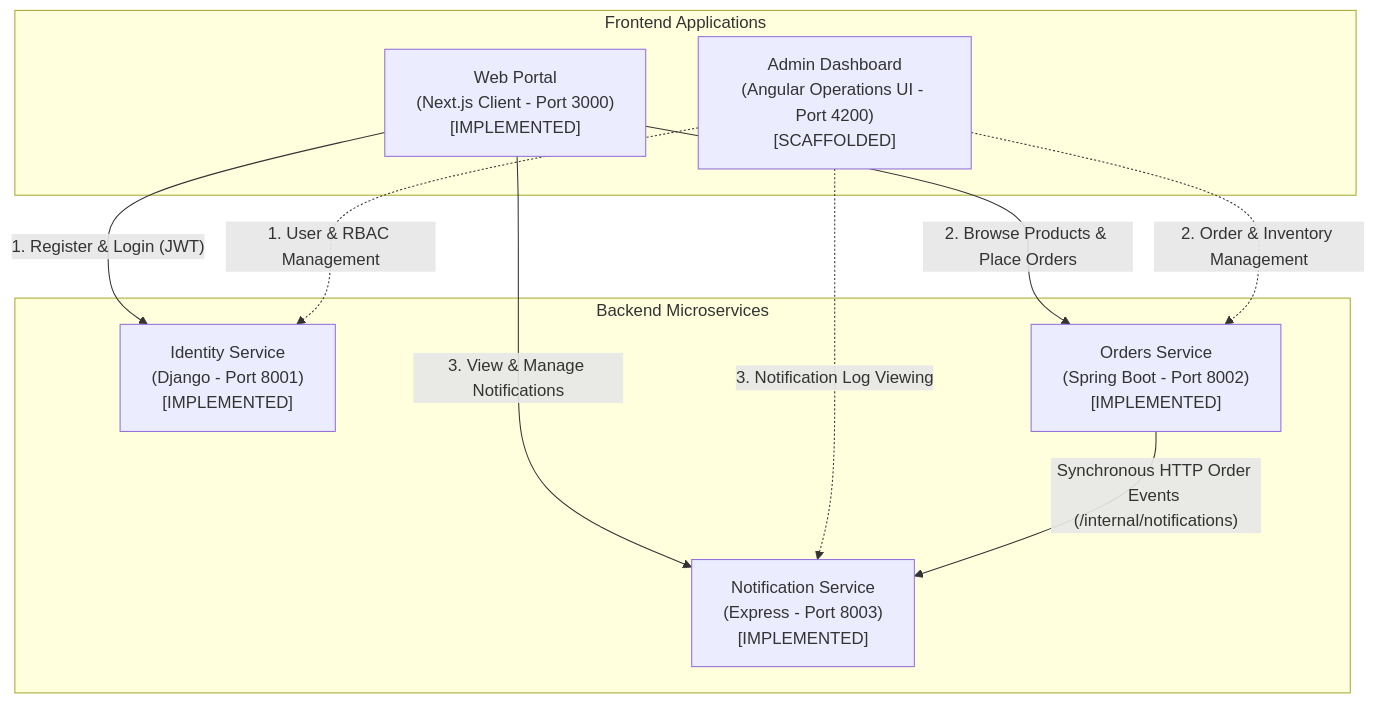
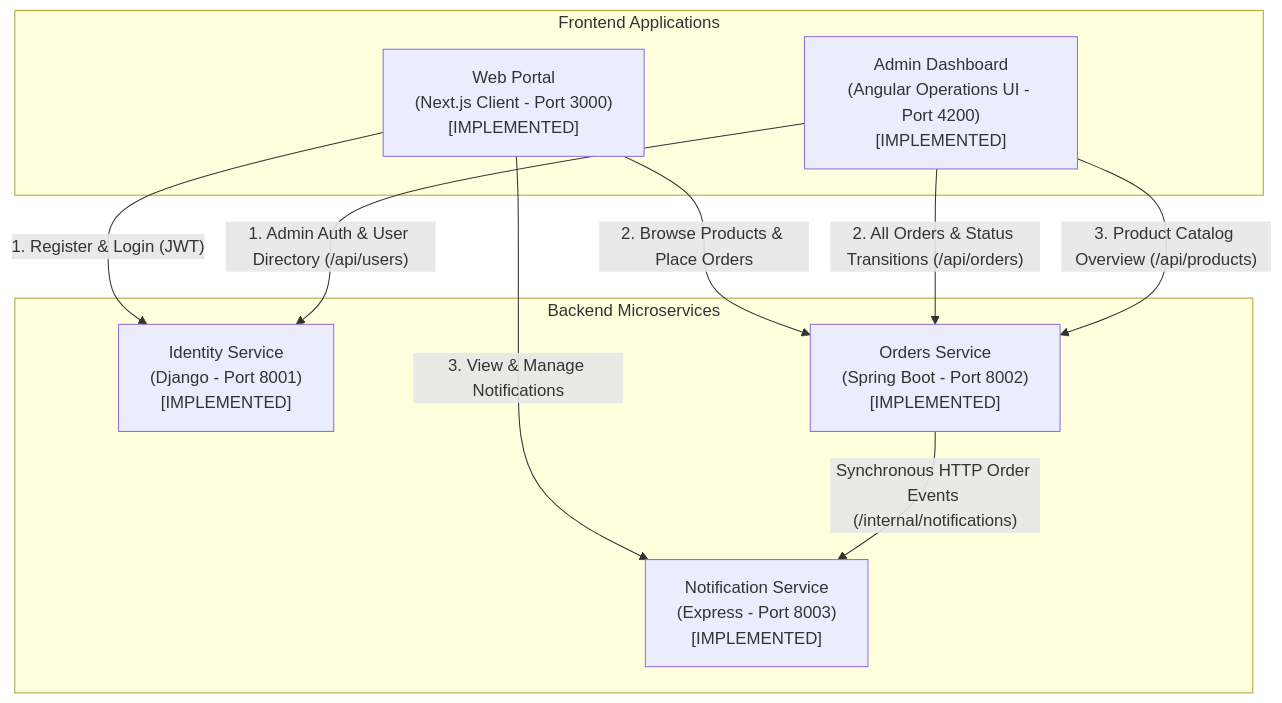
The diagram in docs/architecture/system-overview.md (O2sa/DevSecOps-Monorepo-Shawcase), drawn with Mermaid before and after one commit. The commit also changed other lines of this file and 42 other files, not shown here.

Commit message:
feat: implement order management dashboard and add API service layers for orders and identity modules

````diff
--- a/docs/architecture/system-overview.md
+++ b/docs/architecture/system-overview.md
@@ -19,26 +20,26 @@
 ```mermaid
 flowchart TD
     subgraph Frontend Applications
         Web["Web Portal<br/>(Next.js Client - Port 3000)<br/>[IMPLEMENTED]"]
-        Dashboard["Admin Dashboard<br/>(Angular Operations UI - Port 4200)<br/>[SCAFFOLDED]"]
+        Dashboard["Admin Dashboard<br/>(Angular Operations UI - Port 4200)<br/>[IMPLEMENTED]"]
     end
 
     subgraph Backend Microservices
         Identity["Identity Service<br/>(Django - Port 8001)<br/>[IMPLEMENTED]"]
         Orders["Orders Service<br/>(Spring Boot - Port 8002)<br/>[IMPLEMENTED]"]
         Notify["Notification Service<br/>(Express - Port 8003)<br/>[IMPLEMENTED]"]
     end
 
     %% Web Portal flows
     Web -->|"1. Register & Login (JWT)"| Identity
     Web -->|"2. Browse Products & Place Orders"| Orders
     Web -->|"3. View & Manage Notifications"| Notify
 
-    %% Admin flows
-    Dashboard -.->|"1. User & RBAC Management"| Identity
-    Dashboard -.->|"2. Order & Inventory Management"| Orders
-    Dashboard -.->|"3. Notification Log Viewing"| Notify
+    %% Admin Dashboard flows
+    Dashboard -->|"1. Admin Auth & User Directory (/api/users)"| Identity
+    Dashboard -->|"2. All Orders & Status Transitions (/api/orders)"| Orders
+    Dashboard -->|"3. Product Catalog Overview (/api/products)"| Orders
 
     %% Service-to-service communication
     Orders -->|"Synchronous HTTP Order Events (/internal/notifications)"| Notify
 ```
````
